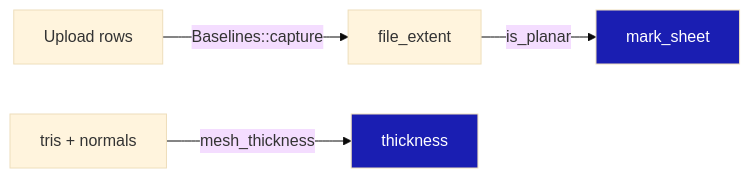
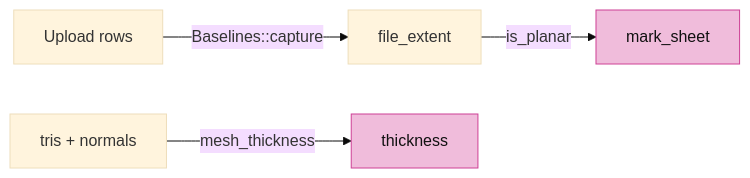
The fifth of 14 diagrams in session_viewer/docs/06-cad-contract.md (petrasvestartas/session), drawn with Mermaid (base theme) before and after one commit. The commit also changed other lines of this file and 23 other files, not shown here.

Commit message:
Course: Mermaid nodes white with black text, highlighted nodes pink, white arrows and edge labels on the black ground

````diff
--- a/session_viewer/docs/06-cad-contract.md
+++ b/session_viewer/docs/06-cad-contract.md
@@ -83,8 +83,8 @@
 ```mermaid
 flowchart LR
     U["Upload rows"] -- "Baselines::capture" --> B["file_extent"]
     B -- "is_planar" --> S["mark_sheet"]
     T["tris + normals"] -- "mesh_thickness" --> K["thickness"]
-    style S fill:#1a1eb2,color:#fff
-    style K fill:#1a1eb2,color:#fff
+    style S fill:#f0bcdb,stroke:#ce4095,color:#111
+    style K fill:#f0bcdb,stroke:#ce4095,color:#111
 ```
````
